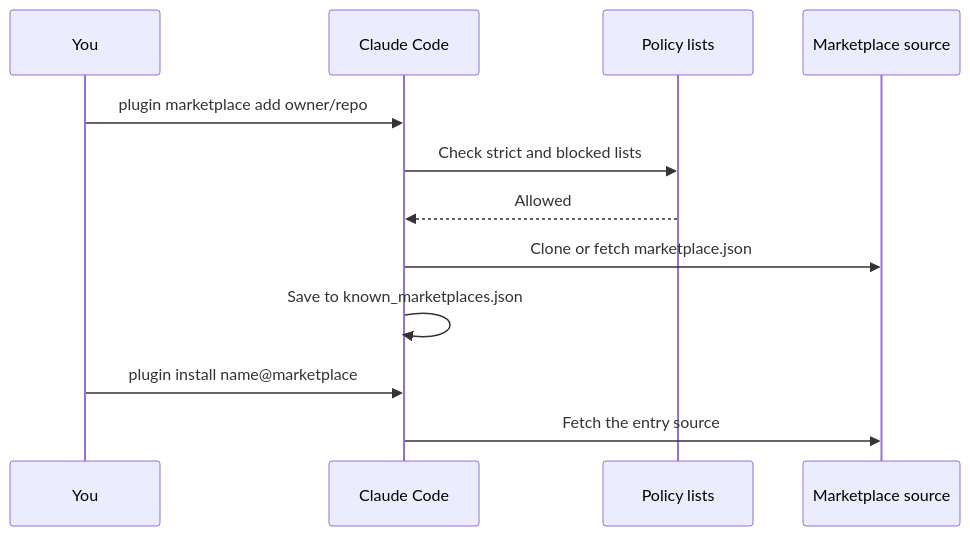
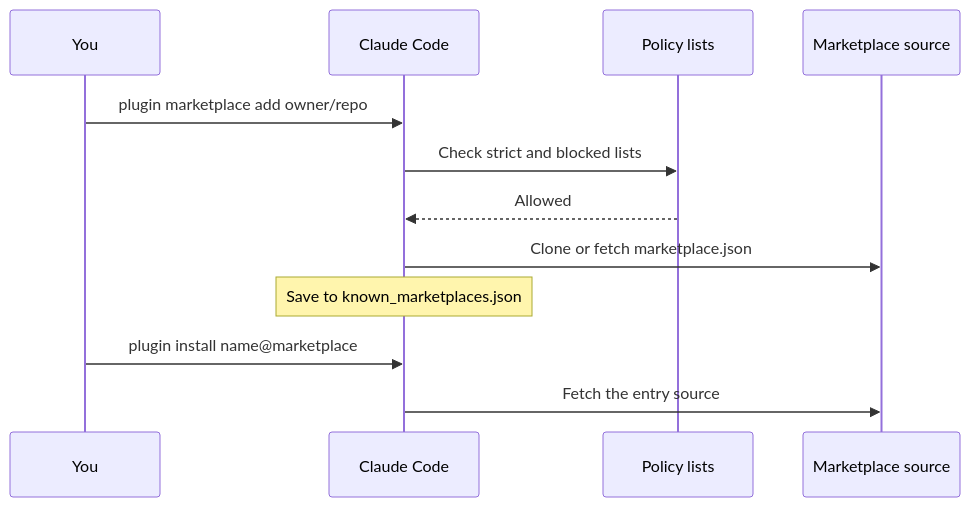
One commit to xsyetopz/claude-code-docs changed the diagram in docs/extend/plugins/marketplace.md. Above: the diagram before and after it, drawn with Mermaid. The commit also changed other lines of this file and 106 other files, not shown here.

````diff
--- a/docs/extend/plugins/marketplace.md
+++ b/docs/extend/plugins/marketplace.md
@@ -115,14 +117,14 @@
 ```mermaid
 sequenceDiagram
   participant U as You
   participant C as Claude Code
   participant P as Policy lists
   participant S as Marketplace source
   U->>C: plugin marketplace add owner/repo
   C->>P: Check strict and blocked lists
   P-->>C: Allowed
   C->>S: Clone or fetch marketplace.json
-  C->>C: Save to known_marketplaces.json
+  Note over C: Save to known_marketplaces.json
   U->>C: plugin install name@marketplace
   C->>S: Fetch the entry source
 ```
````
